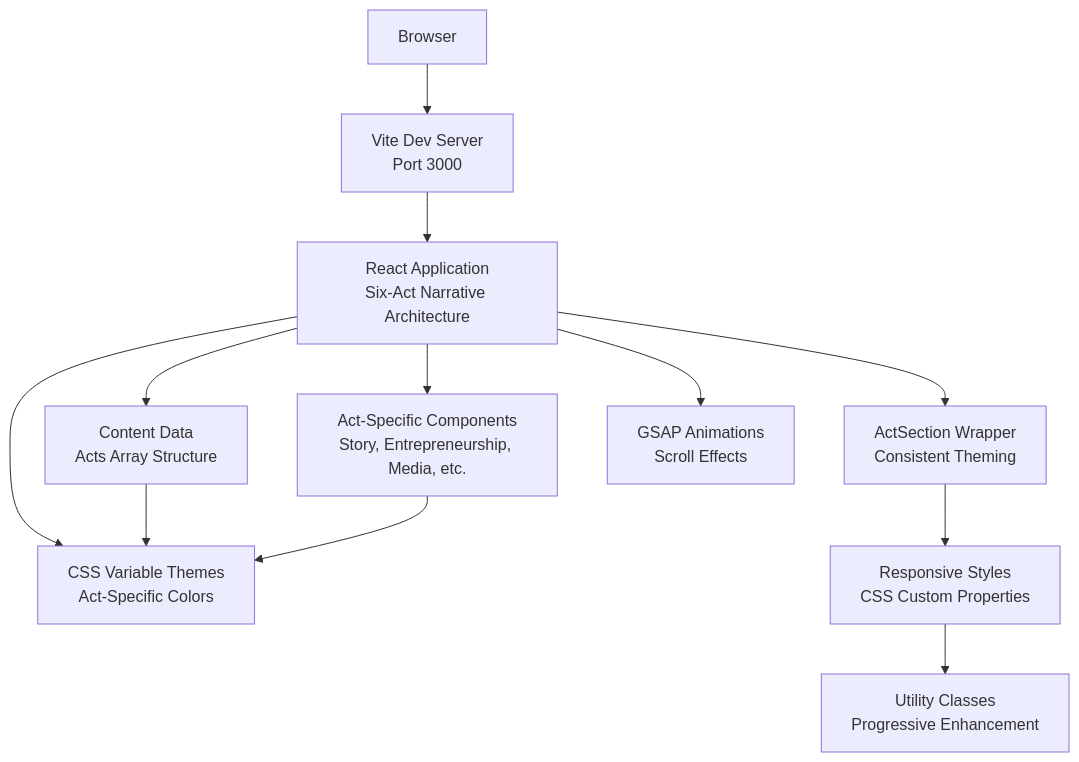
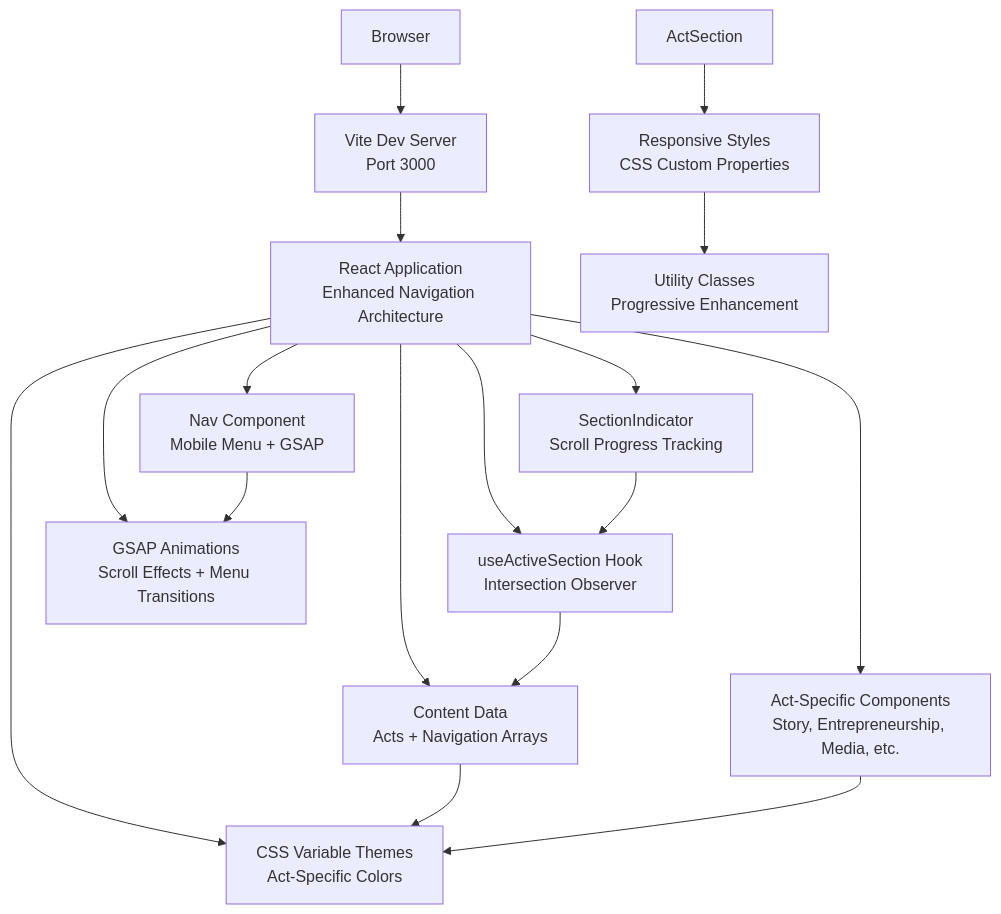
One commit to rakeshmaity271/frankie-picasso changed the third of 14 diagrams in .qoder/repowiki/en/content/Application Architecture.md. Above: the diagram before and after it, drawn with Mermaid. The commit also changed other lines of this file and 27 other files, not shown here.

````diff
--- a/.qoder/repowiki/en/content/Application Architecture.md
+++ b/.qoder/repowiki/en/content/Application Architecture.md
@@ -216,24 +325,31 @@
 ```mermaid
 graph TB
 Browser["Browser"]
 ViteDev["Vite Dev Server<br/>Port 3000"]
-ReactApp["React Application<br/>Six-Act Narrative Architecture"]
-ActSection["ActSection Wrapper<br/>Consistent Theming"]
-Content["Content Data<br/>Acts Array Structure"]
+ReactApp["React Application<br/>Enhanced Navigation Architecture"]
+Nav["Nav Component<br/>Mobile Menu + GSAP"]
+SectionIndicator["SectionIndicator<br/>Scroll Progress Tracking"]
+ActiveSection["useActiveSection Hook<br/>Intersection Observer"]
+Content["Content Data<br/>Acts + Navigation Arrays"]
 Themes["CSS Variable Themes<br/>Act-Specific Colors"]
 Components["Act-Specific Components<br/>Story, Entrepreneurship, Media, etc."]
-Animations["GSAP Animations<br/>Scroll Effects"]
+Animations["GSAP Animations<br/>Scroll Effects + Menu Transitions"]
 Styles["Responsive Styles<br/>CSS Custom Properties"]
 Utilities["Utility Classes<br/>Progressive Enhancement"]
 Browser --> ViteDev
 ViteDev --> ReactApp
-ReactApp --> ActSection
+ReactApp --> Nav
+ReactApp --> SectionIndicator
+ReactApp --> ActiveSection
 ReactApp --> Content
 ReactApp --> Themes
 ReactApp --> Components
 ReactApp --> Animations
+Nav --> Animations
+SectionIndicator --> ActiveSection
+ActiveSection --> Content
 ActSection --> Styles
 Styles --> Utilities
 Content --> Themes
 Components --> Themes
 ```
````
